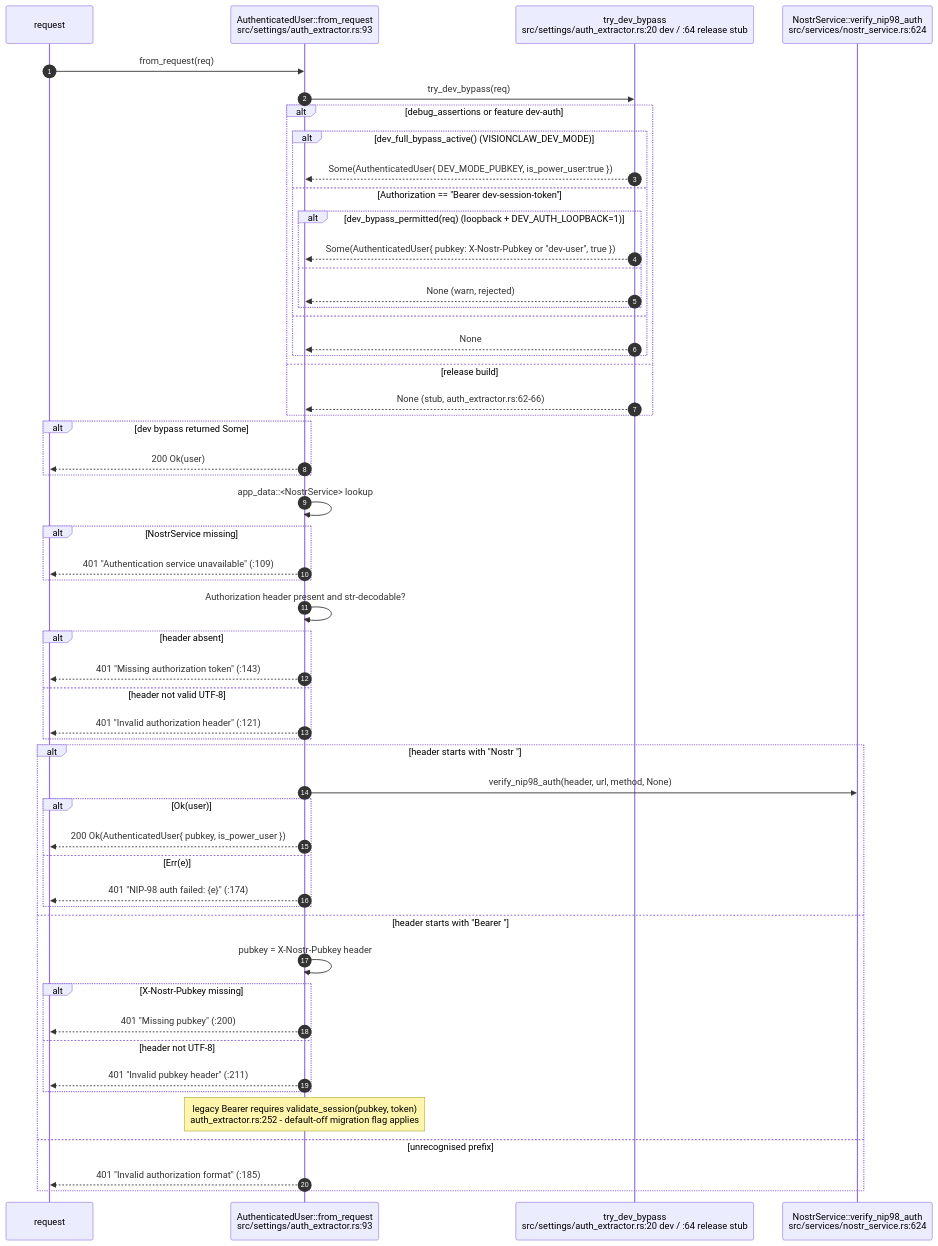
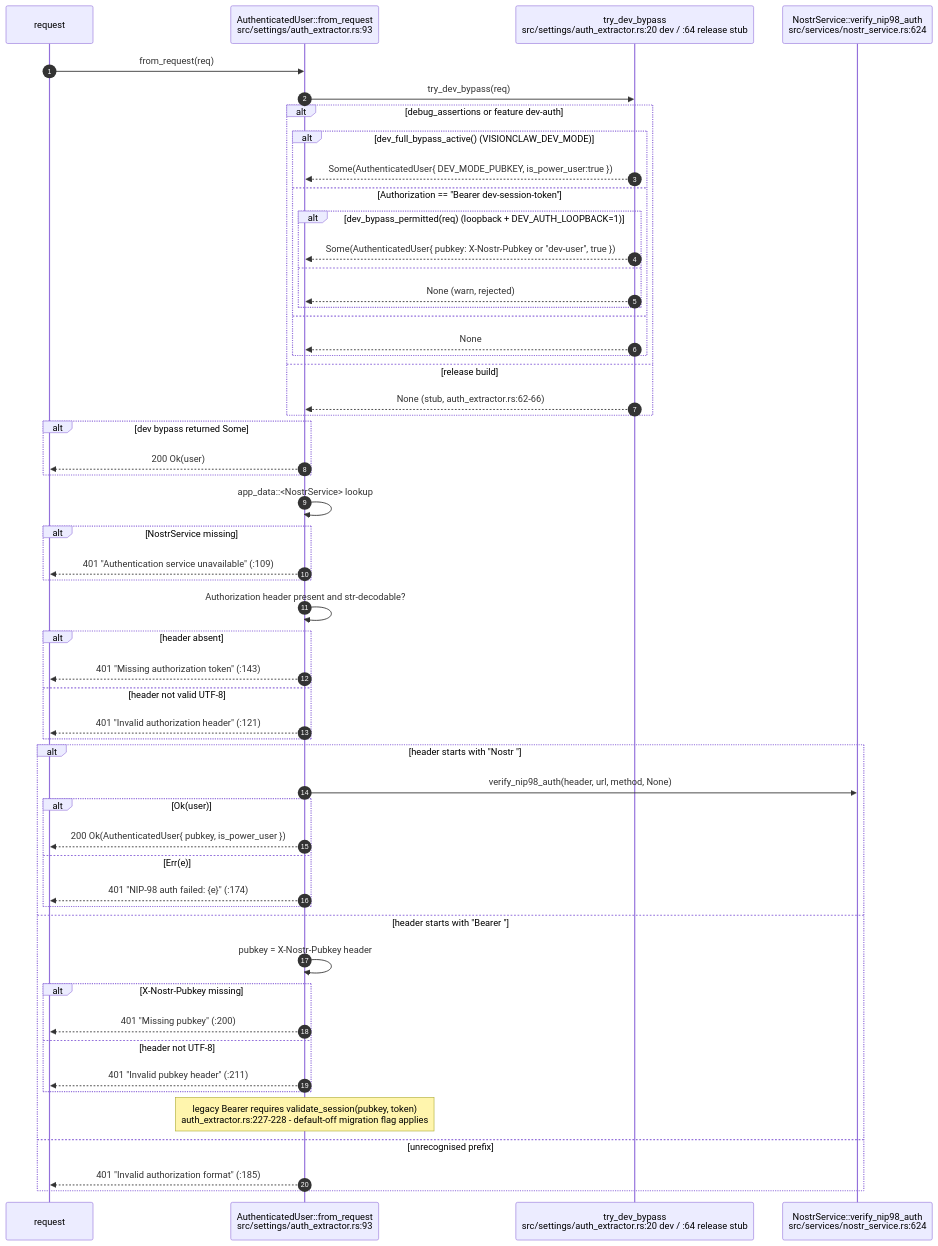
Before and after one commit to DreamLab-AI/VisionFlow: the third of 14 diagrams in docs/diagrams/visionclaw/03-request-lifecycle-and-rbac.md, drawn with Mermaid. The commit also changed other lines of this file and 111 other files, not shown here.

Commit message:
docs(diagrams): align estate maps with current source

````diff
--- a/docs/diagrams/visionclaw/03-request-lifecycle-and-rbac.md
+++ b/docs/diagrams/visionclaw/03-request-lifecycle-and-rbac.md
@@ -138,57 +138,57 @@
 ```mermaid
 sequenceDiagram
     autonumber
     participant R as request
     participant FR as AuthenticatedUser::from_request<br/>src/settings/auth_extractor.rs:93
     participant DB as try_dev_bypass<br/>src/settings/auth_extractor.rs:20 dev / :64 release stub
     participant NS as NostrService::verify_nip98_auth<br/>src/services/nostr_service.rs:624
 
     R->>FR: from_request(req)
     FR->>DB: try_dev_bypass(req)
     alt debug_assertions or feature dev-auth
         alt dev_full_bypass_active() (VISIONCLAW_DEV_MODE)
             DB-->>FR: Some(AuthenticatedUser{ DEV_MODE_PUBKEY, is_power_user:true })
         else Authorization == "Bearer dev-session-token"
             alt dev_bypass_permitted(req) (loopback + DEV_AUTH_LOOPBACK=1)
                 DB-->>FR: Some(AuthenticatedUser{ pubkey: X-Nostr-Pubkey or "dev-user", true })
             else
                 DB-->>FR: None (warn, rejected)
             end
         else
             DB-->>FR: None
         end
     else release build
         DB-->>FR: None (stub, auth_extractor.rs:62-66)
     end
     alt dev bypass returned Some
         FR-->>R: 200 Ok(user)
     end
     FR->>FR: app_data::<NostrService> lookup
     alt NostrService missing
         FR-->>R: 401 "Authentication service unavailable" (:109)
     end
     FR->>FR: Authorization header present and str-decodable?
     alt header absent
         FR-->>R: 401 "Missing authorization token" (:143)
     else header not valid UTF-8
         FR-->>R: 401 "Invalid authorization header" (:121)
     end
     alt header starts with "Nostr "
         FR->>NS: verify_nip98_auth(header, url, method, None)
         alt Ok(user)
             FR-->>R: 200 Ok(AuthenticatedUser{ pubkey, is_power_user })
         else Err(e)
             FR-->>R: 401 "NIP-98 auth failed: {e}" (:174)
         end
     else header starts with "Bearer "
         FR->>FR: pubkey = X-Nostr-Pubkey header
         alt X-Nostr-Pubkey missing
             FR-->>R: 401 "Missing pubkey" (:200)
         else header not UTF-8
             FR-->>R: 401 "Invalid pubkey header" (:211)
         end
-        Note over FR: legacy Bearer requires validate_session(pubkey, token)<br/>auth_extractor.rs:252 - default-off migration flag applies
+        Note over FR: legacy Bearer requires validate_session(pubkey, token)<br/>auth_extractor.rs:227-228 - default-off migration flag applies
     else unrecognised prefix
         FR-->>R: 401 "Invalid authorization format" (:185)
     end
 ```
````
